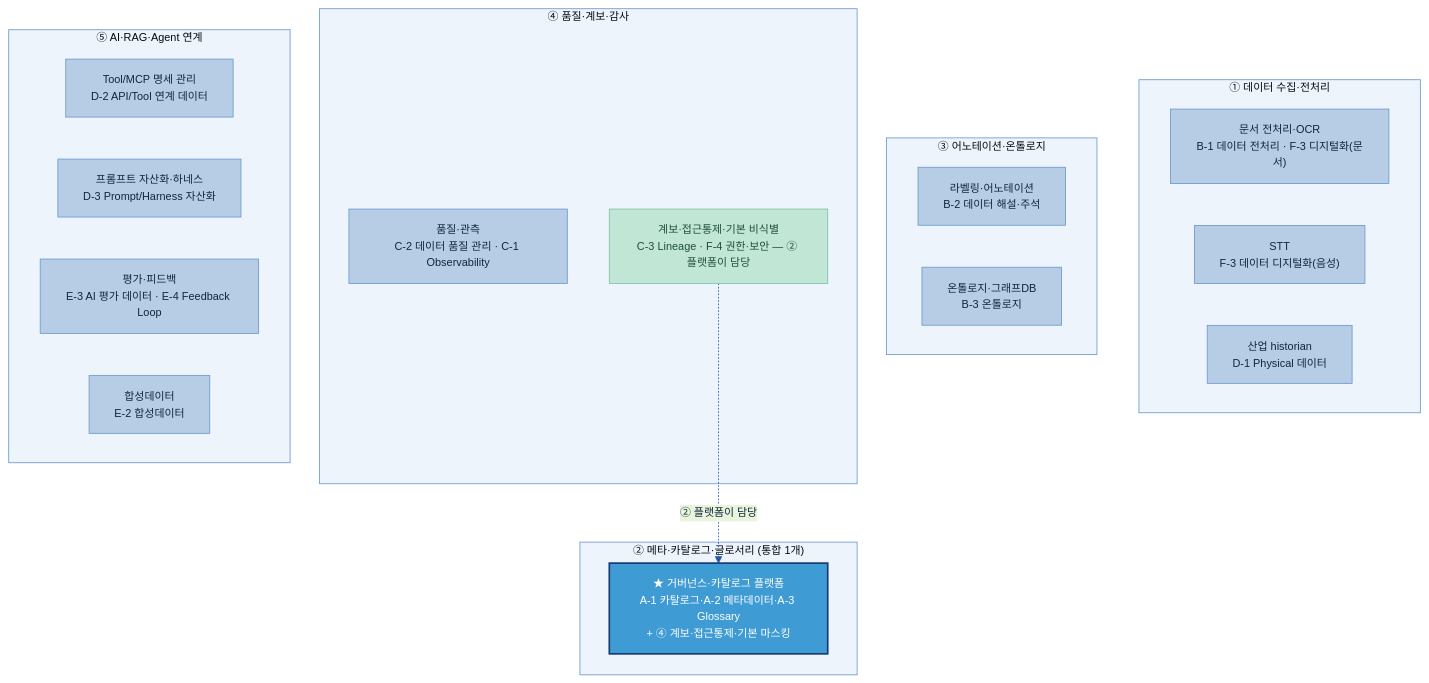
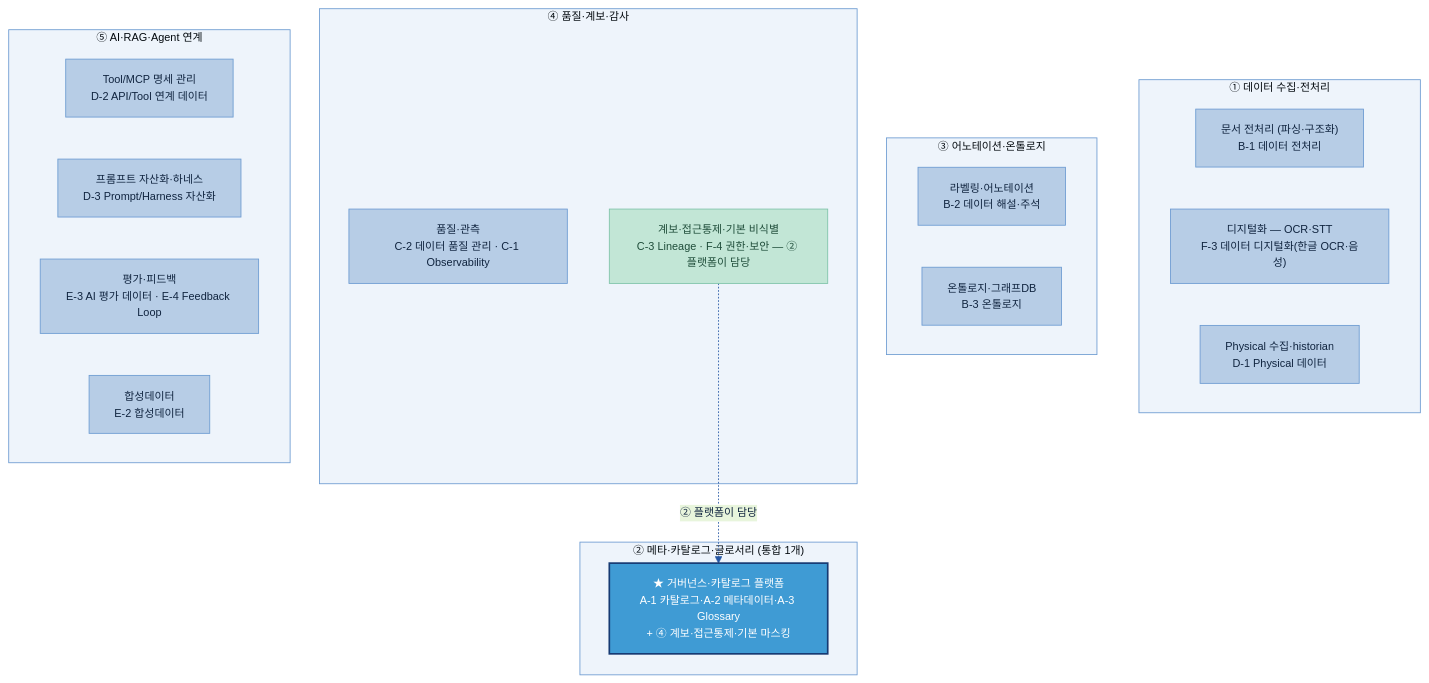
One commit to jin-kearney/ai-ready-data-manual changed the diagram in Tech Player/03 제안 솔루션 구성 (영역별 솔루션 단위).md. Above: the diagram before and after it, drawn with Mermaid. The commit also changed other lines of this file, not shown here.

First line of the commit message:
docs(techstack): ① 수집·전처리를 주제 가이드에 맞춰 재정리 (F-3=OCR+STT 통째)

````diff
--- a/Tech Player/03 제안 솔루션 구성 (영역별 솔루션 단위).md
+++ b/Tech Player/03 제안 솔루션 구성 (영역별 솔루션 단위).md
@@ -51,30 +51,30 @@
 ```mermaid
 %%{init: {'theme':'base','themeVariables':{'primaryColor':'#DCE8F5','primaryBorderColor':'#2456A4','primaryTextColor':'#10243f','lineColor':'#2456A4','clusterBkg':'#EEF4FB','clusterBorder':'#6B9AD1','fontSize':'13px'}}}%%
 flowchart TB
     subgraph A1["① 데이터 수집·전처리"]
-        S1["문서 전처리·OCR<br/>B-1 데이터 전처리 · F-3 디지털화(문서)"]:::sol
-        S2["STT<br/>F-3 데이터 디지털화(음성)"]:::sol
-        S3["산업 historian<br/>D-1 Physical 데이터"]:::sol
+        S1["문서 전처리 (파싱·구조화)<br/>B-1 데이터 전처리"]:::sol
+        S2["디지털화 — OCR·STT<br/>F-3 데이터 디지털화(한글 OCR·음성)"]:::sol
+        S3["Physical 수집·historian<br/>D-1 Physical 데이터"]:::sol
     end
     subgraph A2["② 메타·카탈로그·글로서리 (통합 1개)"]
         GOV["★ 거버넌스·카탈로그 플랫폼<br/>A-1 카탈로그·A-2 메타데이터·A-3 Glossary<br/>+ ④ 계보·접근통제·기본 마스킹"]:::plat
     end
     subgraph A3["③ 어노테이션·온톨로지"]
         S4["라벨링·어노테이션<br/>B-2 데이터 해설·주석"]:::sol
         S5["온톨로지·그래프DB<br/>B-3 온톨로지"]:::sol
     end
     subgraph A4["④ 품질·계보·감사"]
         S6["품질·관측<br/>C-2 데이터 품질 관리 · C-1 Observability"]:::sol
         ABS["계보·접근통제·기본 비식별<br/>C-3 Lineage · F-4 권한·보안 — ② 플랫폼이 담당"]:::asset
     end
     subgraph A5["⑤ AI·RAG·Agent 연계"]
         S8["Tool/MCP 명세 관리<br/>D-2 API/Tool 연계 데이터"]:::sol
         S9["프롬프트 자산화·하네스<br/>D-3 Prompt/Harness 자산화"]:::sol
         S10["평가·피드백<br/>E-3 AI 평가 데이터 · E-4 Feedback Loop"]:::sol
         S11["합성데이터<br/>E-2 합성데이터"]:::sol
     end
     ABS -.->|② 플랫폼이 담당| GOV
     classDef sol fill:#B7CDE6,stroke:#6B9AD1,color:#10243f;
     classDef plat fill:#3F9BD4,stroke:#163a73,color:#fff,stroke-width:2px;
     classDef asset fill:#C2E6D6,stroke:#7CC2A7,color:#1f4d3a;
 ```
````
